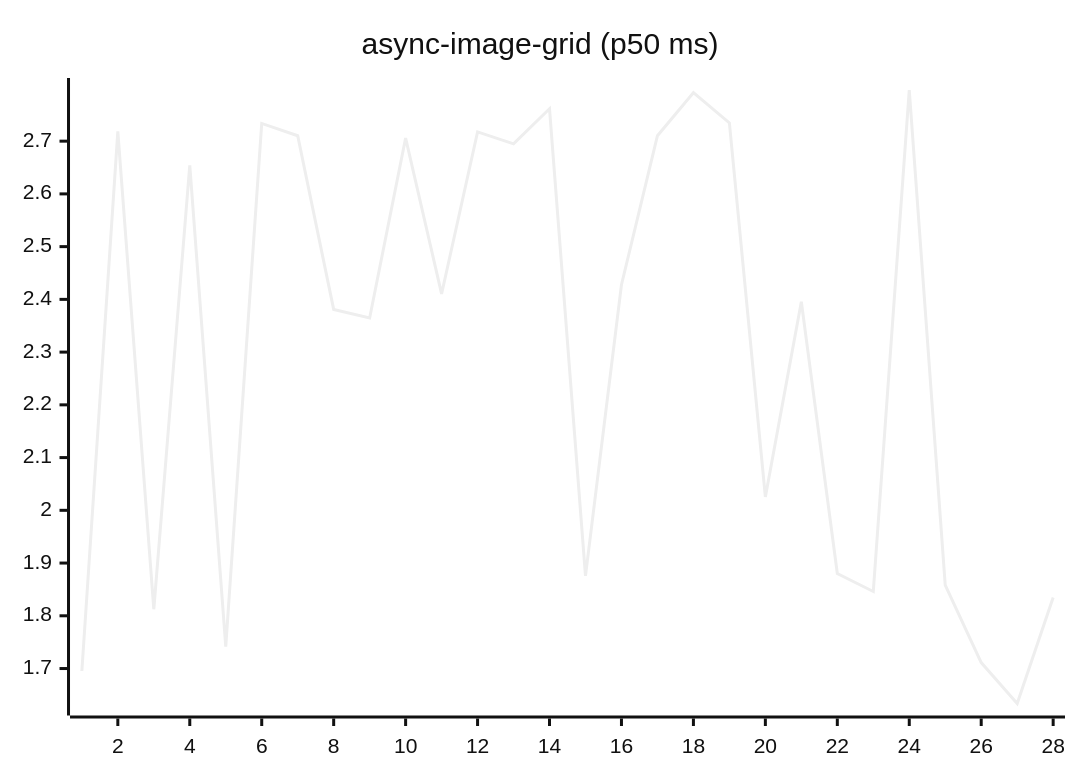
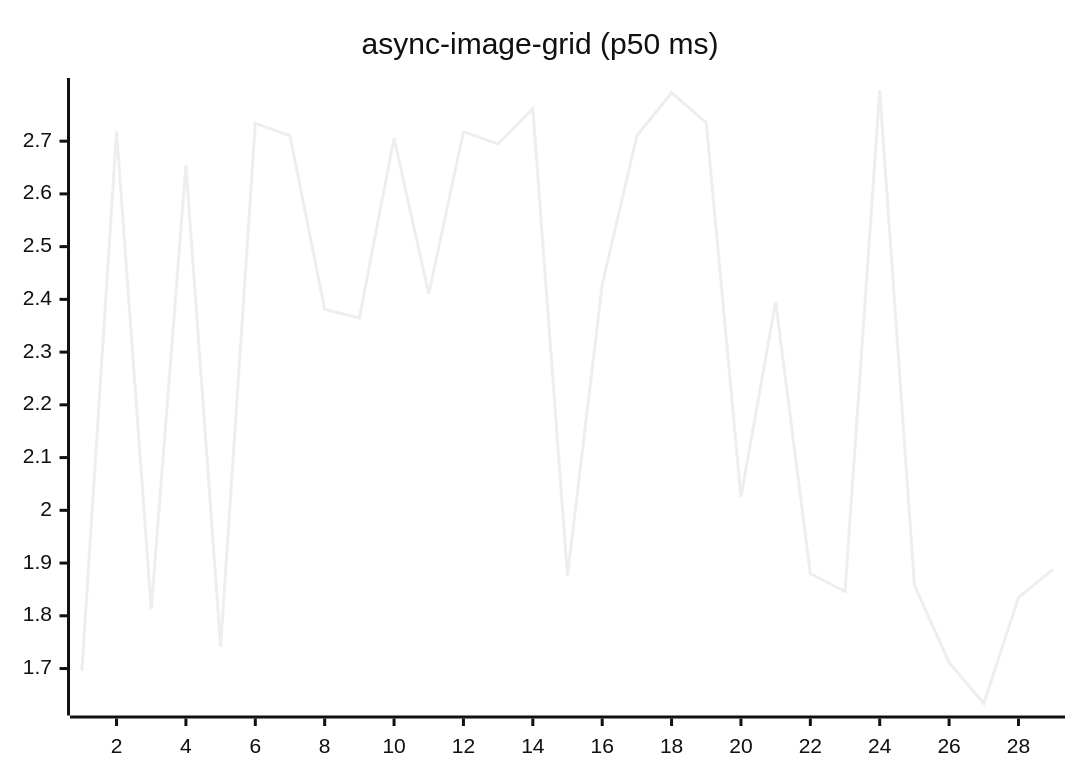
The fifth of 27 diagrams in README.md (josha/Facet), drawn with Mermaid (neutral theme) before and after one commit. The commit also changed other lines of this file and 2 other files, not shown here.

````diff
--- a/README.md
+++ b/README.md
@@ -91,6 +91,6 @@
 ```mermaid
 xychart-beta
     title "async-image-grid (p50 ms)"
-    x-axis 1 --> 28
-    line [1.6953, 2.7184, 1.8124, 2.6543, 1.7415, 2.7336, 2.7103, 2.3810, 2.3646, 2.7059, 2.4103, 2.7175, 2.6949, 2.7614, 1.8756, 2.4277, 2.7103, 2.7919, 2.7346, 2.0254, 2.3955, 1.8801, 1.8461, 2.7970, 1.8583, 1.7113, 1.6337, 1.8346]
+    x-axis 1 --> 29
+    line [1.6953, 2.7184, 1.8124, 2.6543, 1.7415, 2.7336, 2.7103, 2.3810, 2.3646, 2.7059, 2.4103, 2.7175, 2.6949, 2.7614, 1.8756, 2.4277, 2.7103, 2.7919, 2.7346, 2.0254, 2.3955, 1.8801, 1.8461, 2.7970, 1.8583, 1.7113, 1.6337, 1.8346, 1.8885]
 ```
````
